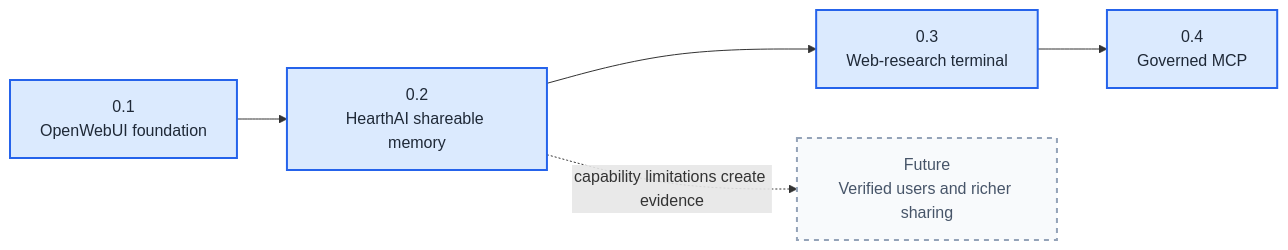
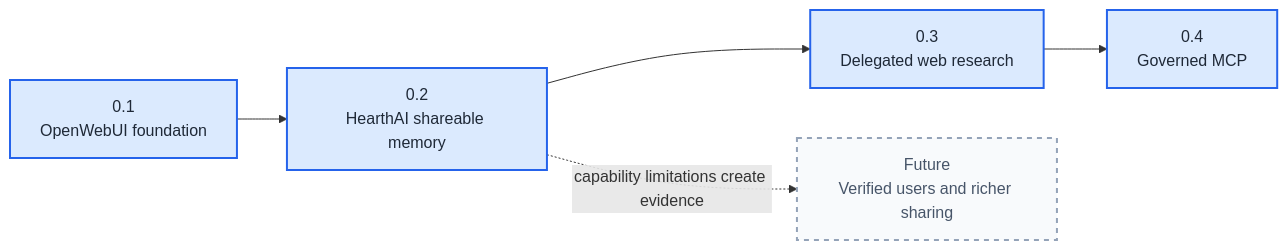
The second of 6 diagrams in docs/ARCHITECTURE.md (jokajak/hearthai), drawn with Mermaid before and after one commit. The commit also changed other lines of this file and 2 other files, not shown here.

Commit message:
docs: plan extensible web research implementation

````diff
--- a/docs/ARCHITECTURE.md
+++ b/docs/ARCHITECTURE.md
@@ -130,16 +138,16 @@
 ```mermaid
 flowchart LR
     V01["0.1<br/>OpenWebUI foundation"]
     V02["0.2<br/>HearthAI shareable memory"]
-    V03["0.3<br/>Web-research terminal"]
+    V03["0.3<br/>Delegated web research"]
     V04["0.4<br/>Governed MCP"]
     FUTURE["Future<br/>Verified users and richer sharing"]
 
     V01 --> V02 --> V03 --> V04
     V02 -. "capability limitations create evidence" .-> FUTURE
 
     classDef planned fill:#dbeafe,stroke:#2563eb,stroke-width:2px,color:#1f2937
     classDef deferred fill:#f8fafc,stroke:#94a3b8,stroke-width:2px,stroke-dasharray:5 5,color:#475569
     class V01,V02,V03,V04 planned
     class FUTURE deferred
 ```
````
